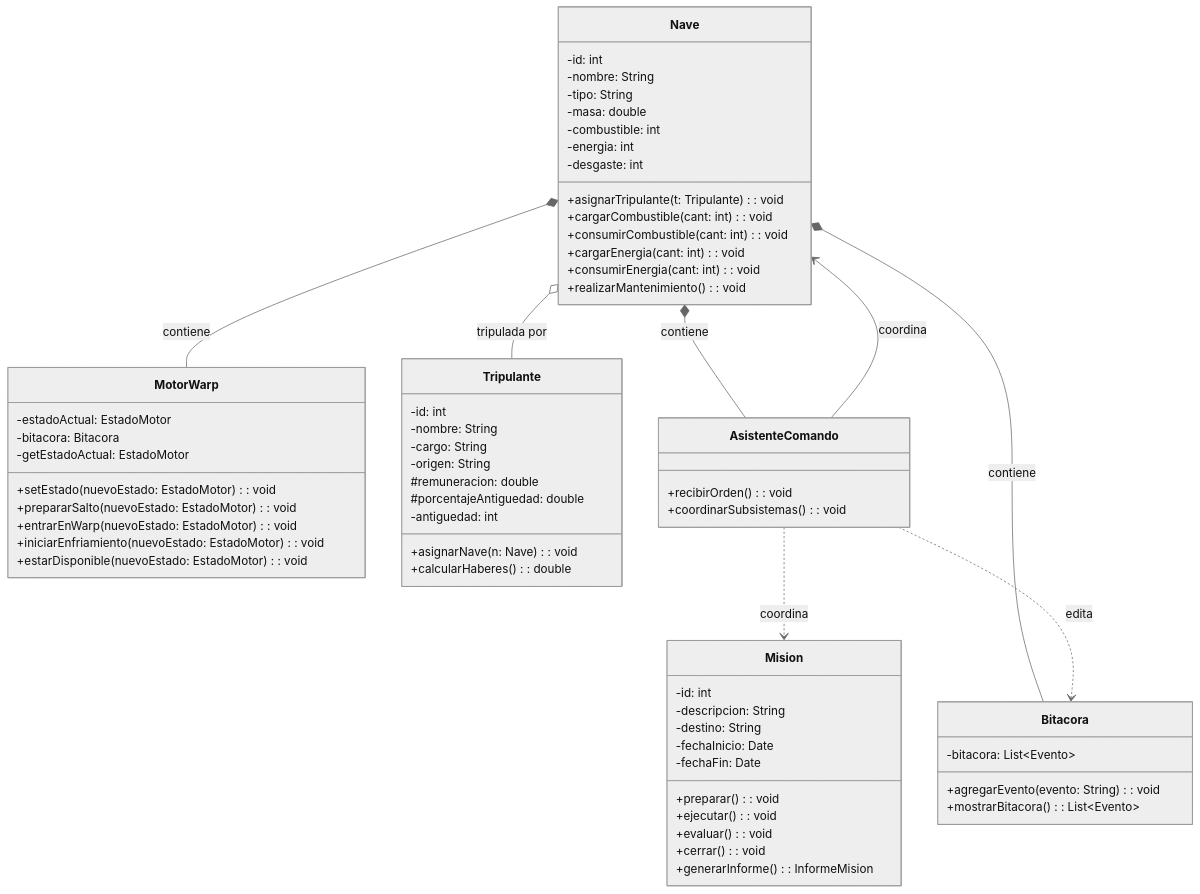
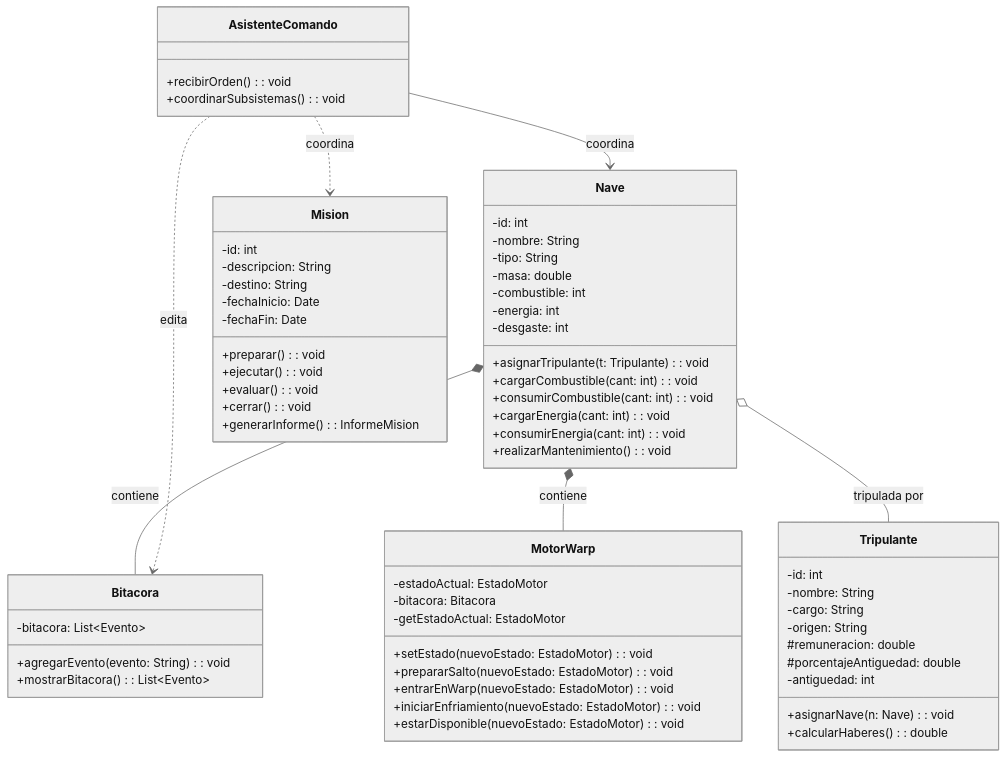
Before and after one commit to CamilaSanchezB/TPGrupalProgramacionC2026: the diagram in README.md, drawn with Mermaid (neutral theme).

Commit message:
Remove Nave containing AsistenteComando
Remove the relationship between Nave and AsistenteComando.

````diff
--- a/README.md
+++ b/README.md
@@ -3,73 +3,72 @@
 ```mermaid
 classDiagram
     class Nave {
         -id: int
         -nombre: String
         -tipo: String
         -masa: double
         -combustible: int
         -energia: int
         -desgaste: int
         +asignarTripulante(t: Tripulante): void
         +cargarCombustible(cant: int): void
         +consumirCombustible(cant: int): void
         +cargarEnergia(cant: int): void
         +consumirEnergia(cant: int): void
         +realizarMantenimiento(): void
     }
 
     class MotorWarp {
         -estadoActual: EstadoMotor
         -bitacora: Bitacora
         -getEstadoActual: EstadoMotor
         +setEstado(nuevoEstado: EstadoMotor): void
         +prepararSalto(nuevoEstado: EstadoMotor): void
         +entrarEnWarp(nuevoEstado: EstadoMotor): void
         +iniciarEnfriamiento(nuevoEstado: EstadoMotor): void
         +estarDisponible(nuevoEstado: EstadoMotor): void
     }
 
     class Tripulante {
         -id: int
         -nombre: String
         -cargo: String
         -origen: String
         #remuneracion: double
         #porcentajeAntiguedad: double
         -antiguedad: int
         +asignarNave(n: Nave): void
         +calcularHaberes(): double
     }
 
     class AsistenteComando {
         +recibirOrden(): void
         +coordinarSubsistemas(): void
     }
 
     class Bitacora {
         -bitacora: List~Evento~
         +agregarEvento(evento: String): void
         +mostrarBitacora(): List~Evento~
     }
 
     class Mision {
         -id: int
         -descripcion: String
         -destino: String
         -fechaInicio: Date
         -fechaFin: Date
         +preparar(): void
         +ejecutar(): void
         +evaluar(): void
         +cerrar(): void
         +generarInforme(): InformeMision
     }
 
     Nave *-- MotorWarp : contiene
-    Nave *-- AsistenteComando : contiene
     Nave *-- Bitacora : contiene
     Nave o-- Tripulante : tripulada por
     AsistenteComando ..> Mision : coordina
     AsistenteComando ..> Bitacora : edita
     AsistenteComando --> Nave : coordina
 ```
````
